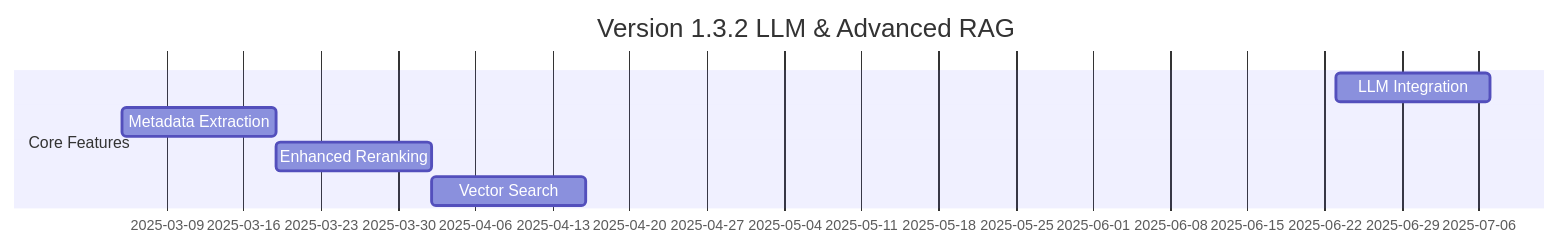
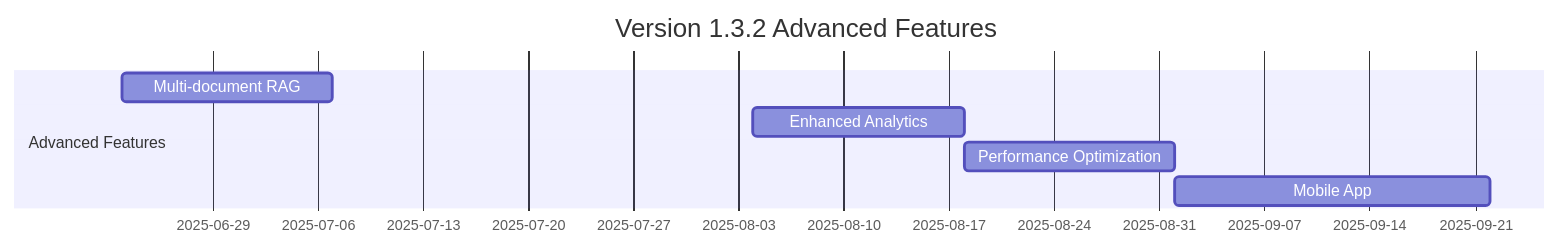
One commit to HaoyangHan/tiny-RAG changed the fourth of 7 diagrams in FeatureMap.md. Above: the diagram before and after it, drawn with Mermaid. The commit also changed other lines of this file and 6 other files, not shown here.

First line of the commit message:
🤖 Enhanced v1.3.1 LLM Integration Focus & Updated Dates

````diff
--- a/FeatureMap.md
+++ b/FeatureMap.md
@@ -90,10 +90,10 @@
 ```mermaid
 gantt
-    title Version 1.3.2 LLM & Advanced RAG
-    dateFormat  2025-02-19
-    section Core Features
-    LLM Integration      :2025-02-19, 14d
-    Metadata Extraction  :2025-03-05, 14d
-    Enhanced Reranking   :2025-03-19, 14d
-    Vector Search       :2025-04-02, 14d
+    title Version 1.3.2 Advanced Features
+    dateFormat  2025-07-21
+    section Advanced Features
+    Multi-document RAG   :2025-07-21, 14d
+    Enhanced Analytics   :2025-08-04, 14d
+    Performance Optimization :2025-08-18, 14d
+    Mobile App          :2025-09-01, 21d
 ```
````
